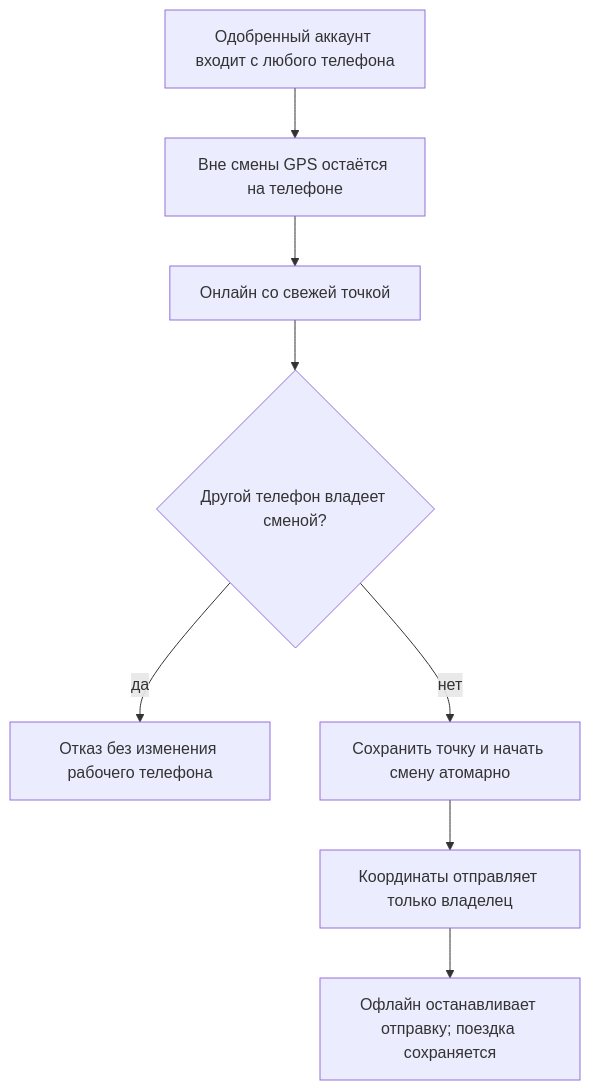
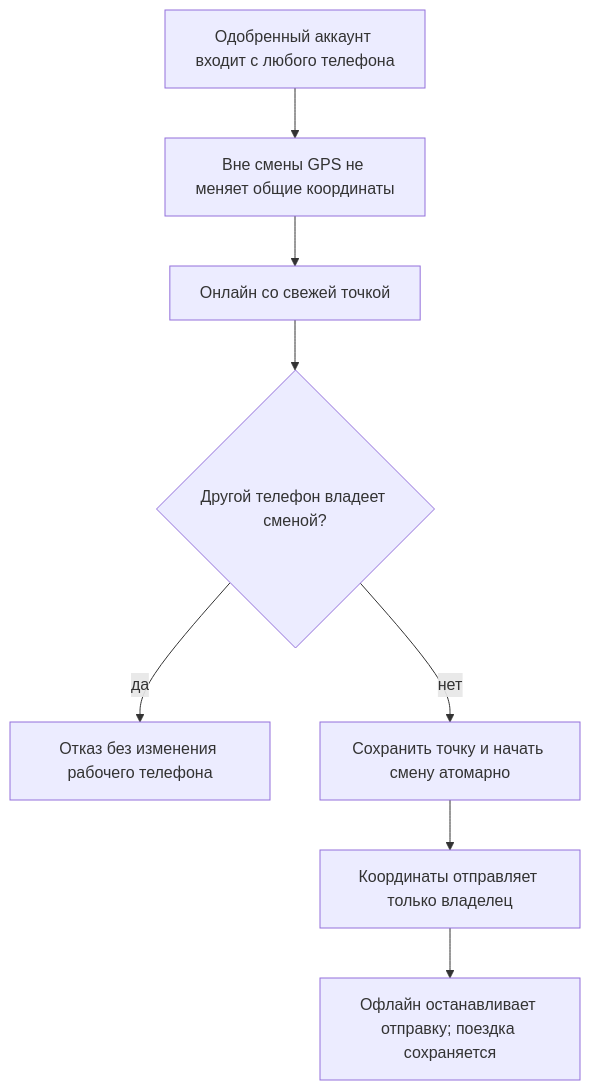
Diagram 11 of 12 in docs/guide/flows.ru.md (bagtyyarkovusov/tayyn-hyzmat-project), drawn with Mermaid before and after one commit. The commit also changed other lines of this file and 44 other files, not shown here.

````diff
--- a/docs/guide/flows.ru.md
+++ b/docs/guide/flows.ru.md
@@ -193,10 +210,10 @@
 ```mermaid
 flowchart TD
-  A[Одобренный аккаунт входит с любого телефона] --> B[Вне смены GPS остаётся на телефоне]
+  A[Одобренный аккаунт входит с любого телефона] --> B[Вне смены GPS не меняет общие координаты]
   B --> C[Онлайн со свежей точкой]
   C --> D{Другой телефон владеет сменой?}
   D -- да --> E[Отказ без изменения рабочего телефона]
   D -- нет --> F[Сохранить точку и начать смену атомарно]
   F --> G[Координаты отправляет только владелец]
   G --> H[Офлайн останавливает отправку; поездка сохраняется]
 ```
````
